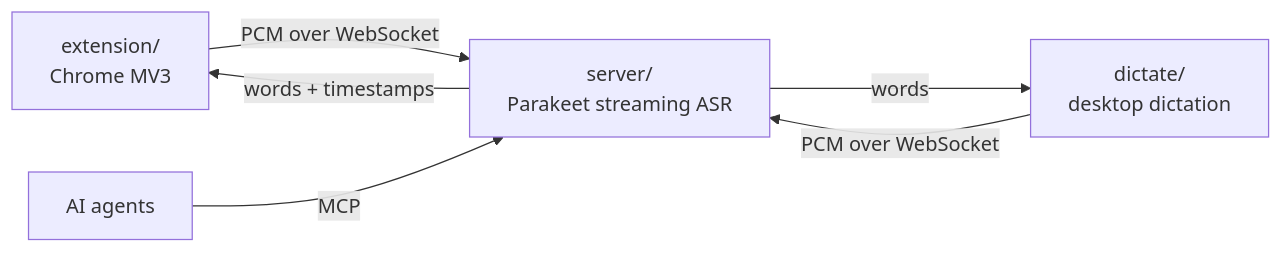
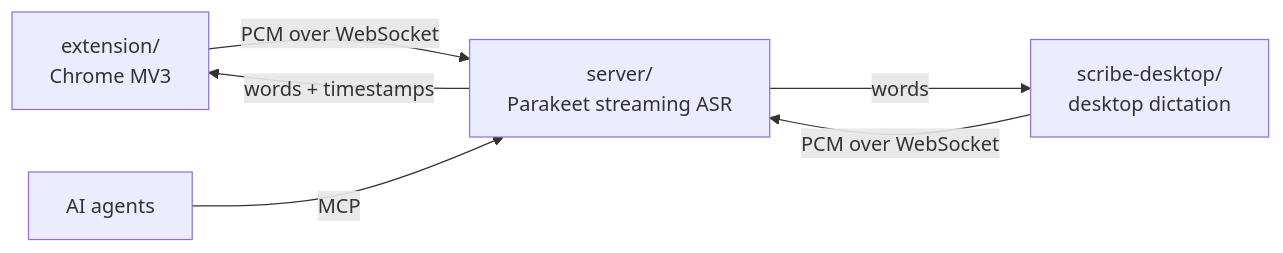
Before and after one commit to xav-ie/scribe: the diagram in README.md, drawn with Mermaid. The commit also changed other lines of this file and 7 other files, not shown here.

Commit message:
refactor: rename dictate to scribe-desktop

````diff
--- a/README.md
+++ b/README.md
@@ -13,8 +13,8 @@
 ```mermaid
 flowchart LR
   ext["extension/<br/>Chrome MV3"] -- "PCM over WebSocket" --> srv["server/<br/>Parakeet streaming ASR"]
-  dic["dictate/<br/>desktop dictation"] -- "PCM over WebSocket" --> srv
+  dic["scribe-desktop/<br/>desktop dictation"] -- "PCM over WebSocket" --> srv
   srv -- "words + timestamps" --> ext
   srv -- "words" --> dic
   agents["AI agents"] -- "MCP" --> srv
 ```
````
